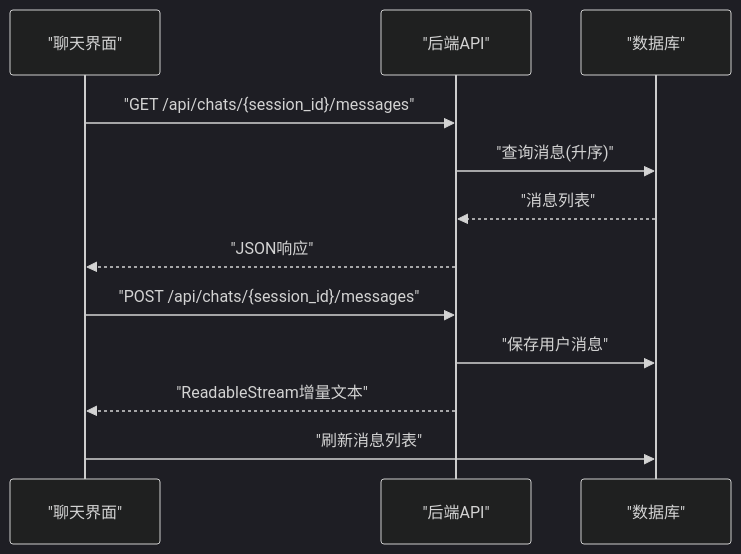
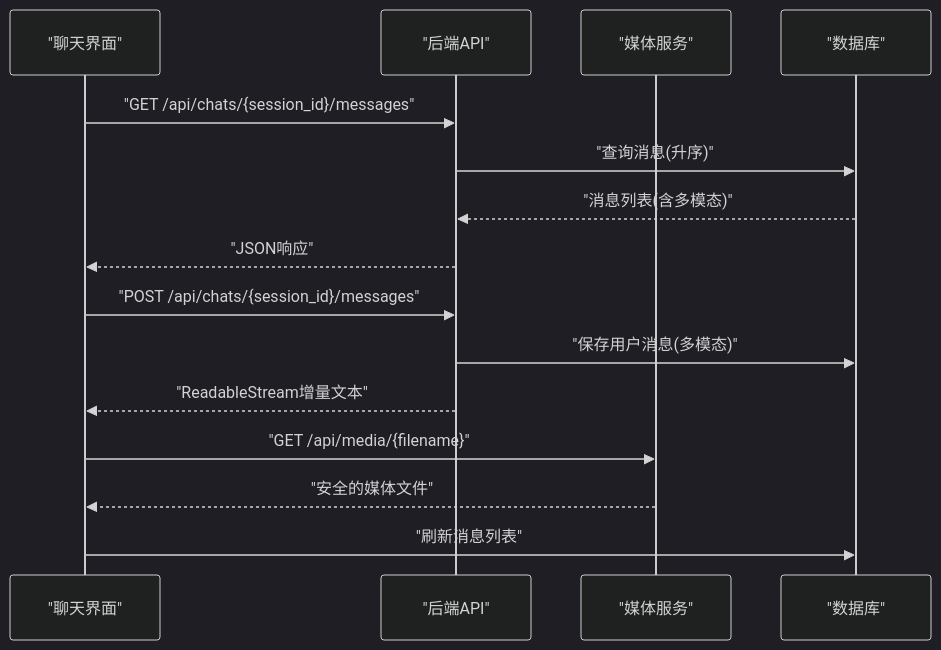
Before and after one commit to KunLabAI/KunFlix: the sixth of 8 diagrams in .qoder/repowiki/zh/content/后端开发指南/API路由系统/聊天交互API.md, drawn with Mermaid (dark theme). The commit also changed other lines of this file and 25 other files, not shown here.

````diff
--- a/.qoder/repowiki/zh/content/后端开发指南/API路由系统/聊天交互API.md
+++ b/.qoder/repowiki/zh/content/后端开发指南/API路由系统/聊天交互API.md
@@ -231,14 +328,17 @@
 ```mermaid
 sequenceDiagram
 participant UI as "聊天界面"
 participant API as "后端API"
+participant Media as "媒体服务"
 participant DB as "数据库"
 UI->>API : "GET /api/chats/{session_id}/messages"
 API->>DB : "查询消息(升序)"
-DB-->>API : "消息列表"
+DB-->>API : "消息列表(含多模态)"
 API-->>UI : "JSON响应"
 UI->>API : "POST /api/chats/{session_id}/messages"
-API->>DB : "保存用户消息"
+API->>DB : "保存用户消息(多模态)"
 API-->>UI : "ReadableStream增量文本"
+UI->>Media : "GET /api/media/{filename}"
+Media-->>UI : "安全的媒体文件"
 UI->>DB : "刷新消息列表"
 ```
````
